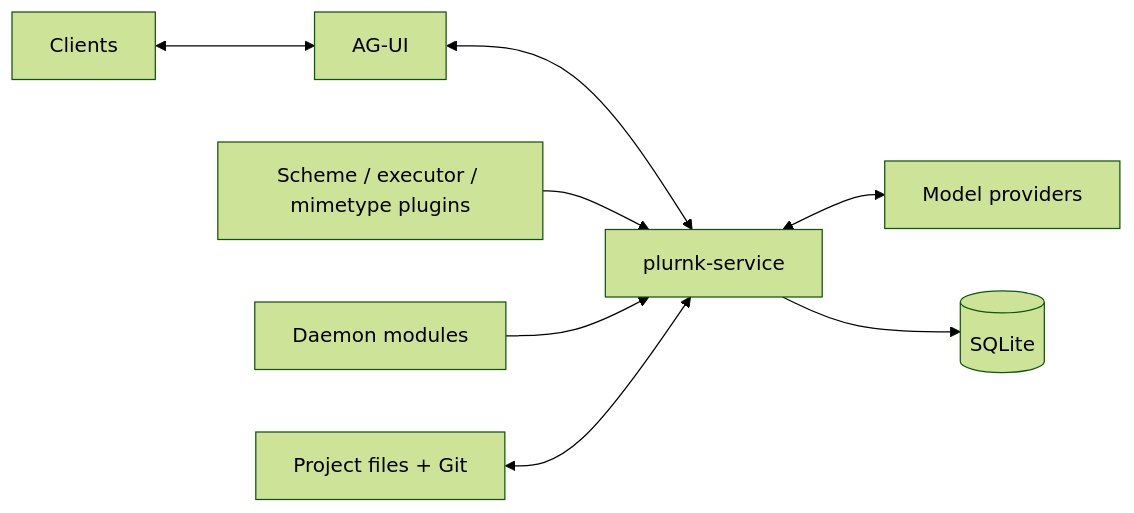
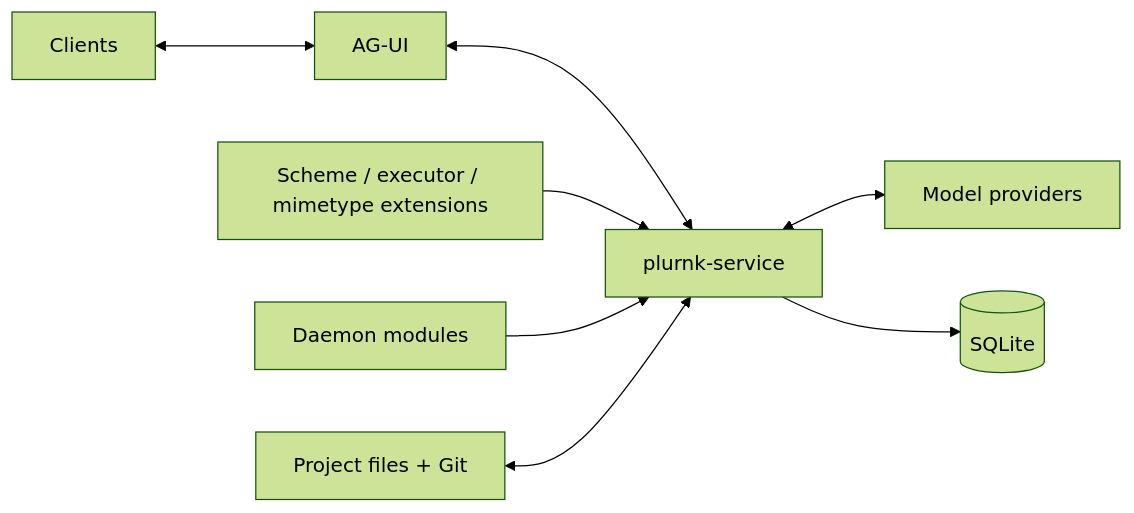
Before and after one commit to plurnk/plurnk-service: the diagram in README.md, drawn with Mermaid (forest theme). The commit also changed other lines of this file and 146 other files, not shown here.

````diff
--- a/README.md
+++ b/README.md
@@ -19,10 +19,10 @@
 ```mermaid
 flowchart LR
     clients["Clients"] <--> agui["AG-UI"]
     agui <--> core["plurnk-service"]
     core <--> providers["Model providers"]
-    plugins["Scheme / executor / mimetype plugins"] --> core
+    extensions["Scheme / executor / mimetype extensions"] --> core
     modules["Daemon modules"] --> core
     project["Project files + Git"] <--> core
     core --> sqlite[(SQLite)]
 ```
````
